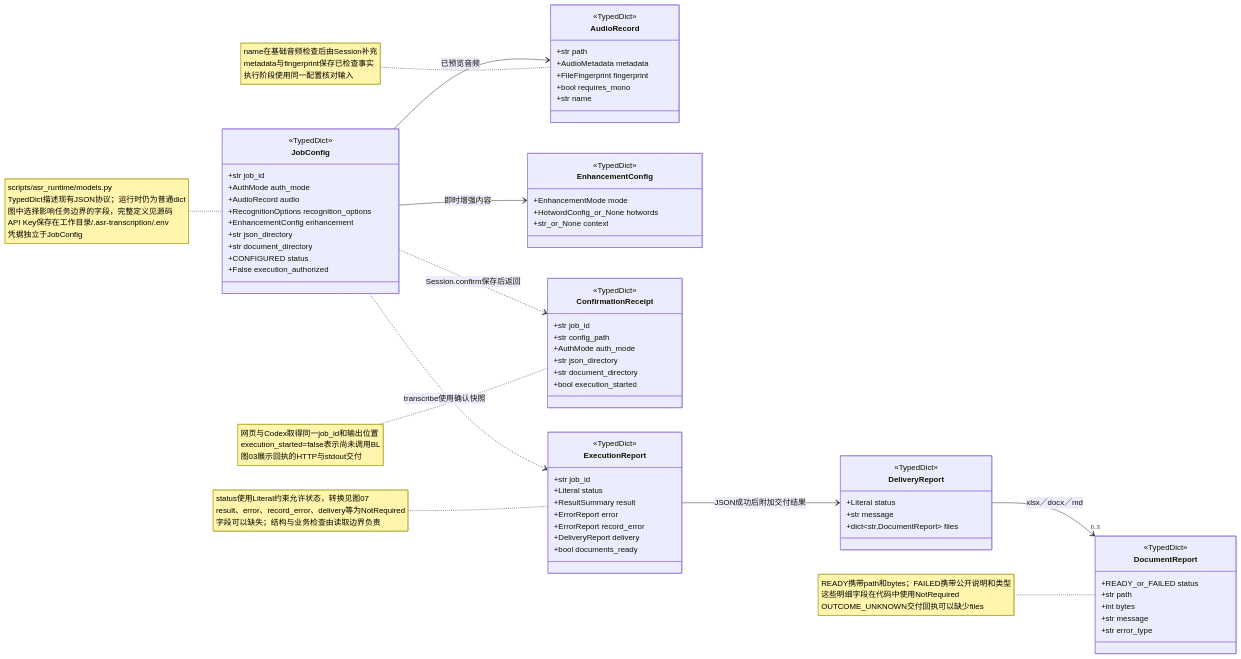
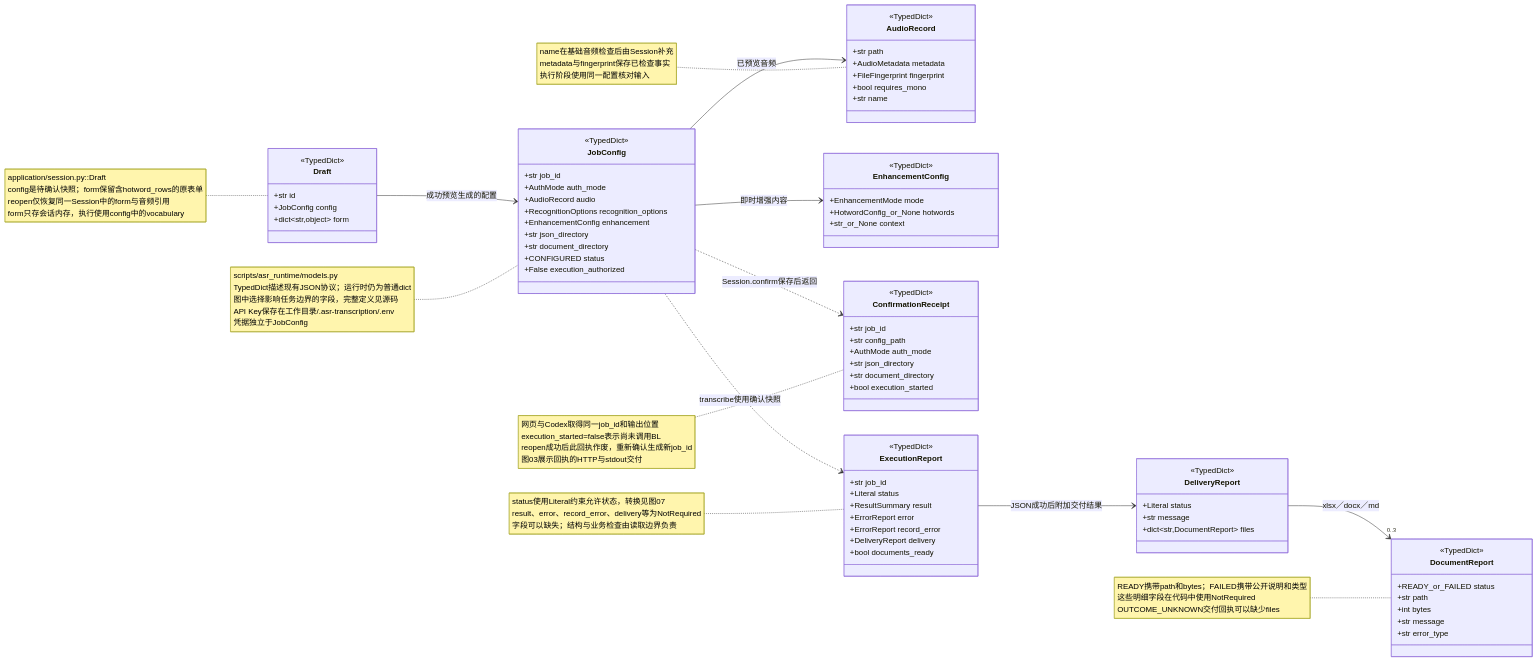
The diagram in doc/uml/01c-protocol.mmd (hx101700/asr-agent), drawn with Mermaid before and after one commit. The commit also changed 64 other files, not shown here.

```diff
--- a/doc/uml/01c-protocol.mmd
+++ b/doc/uml/01c-protocol.mmd
@@ -1,72 +1,80 @@
 classDiagram
 direction LR
+class Draft {
+  <<TypedDict>>
+  +str id
+  +JobConfig config
+  +dict~str,object~ form
+}
 class JobConfig {
   <<TypedDict>>
   +str job_id
   +AuthMode auth_mode
   +AudioRecord audio
   +RecognitionOptions recognition_options
   +EnhancementConfig enhancement
   +str json_directory
   +str document_directory
   +CONFIGURED status
   +False execution_authorized
 }
 class AudioRecord {
   <<TypedDict>>
   +str path
   +AudioMetadata metadata
   +FileFingerprint fingerprint
   +bool requires_mono
   +str name
 }
 class EnhancementConfig {
   <<TypedDict>>
   +EnhancementMode mode
   +HotwordConfig_or_None hotwords
   +str_or_None context
 }
 class ConfirmationReceipt {
   <<TypedDict>>
   +str job_id
   +str config_path
   +AuthMode auth_mode
   +str json_directory
   +str document_directory
   +bool execution_started
 }
 class ExecutionReport {
   <<TypedDict>>
   +str job_id
   +Literal status
   +ResultSummary result
   +ErrorReport error
   +ErrorReport record_error
   +DeliveryReport delivery
   +bool documents_ready
 }
 class DeliveryReport {
   <<TypedDict>>
   +Literal status
   +str message
   +dict~str,DocumentReport~ files
 }
 class DocumentReport {
   <<TypedDict>>
   +READY_or_FAILED status
   +str path
   +int bytes
   +str message
   +str error_type
 }
+Draft --> JobConfig : 成功预览生成的配置
 JobConfig --> AudioRecord : 已预览音频
 JobConfig --> EnhancementConfig : 即时增强内容
 JobConfig ..> ConfirmationReceipt : Session.confirm保存后返回
 JobConfig ..> ExecutionReport : transcribe使用确认快照
 ExecutionReport --> DeliveryReport : JSON成功后附加交付结果
 DeliveryReport --> "0..3" DocumentReport : xlsx／docx／md
+note for Draft "application/session.py::Draft<br/>config是待确认快照；form保留含hotword_rows的原表单<br/>reopen仅恢复同一Session中的form与音频引用<br/>form只存会话内存，执行使用config中的vocabulary"
 note for JobConfig "scripts/asr_runtime/models.py<br/>TypedDict描述现有JSON协议；运行时仍为普通dict<br/>图中选择影响任务边界的字段，完整定义见源码<br/>API Key保存在工作目录/.asr-transcription/.env<br/>凭据独立于JobConfig"
 note for AudioRecord "name在基础音频检查后由Session补充<br/>metadata与fingerprint保存已检查事实<br/>执行阶段使用同一配置核对输入"
-note for ConfirmationReceipt "网页与Codex取得同一job_id和输出位置<br/>execution_started=false表示尚未调用BL<br/>图03展示回执的HTTP与stdout交付"
+note for ConfirmationReceipt "网页与Codex取得同一job_id和输出位置<br/>execution_started=false表示尚未调用BL<br/>reopen成功后此回执作废，重新确认生成新job_id<br/>图03展示回执的HTTP与stdout交付"
 note for ExecutionReport "status使用Literal约束允许状态，转换见图07<br/>result、error、record_error、delivery等为NotRequired<br/>字段可以缺失；结构与业务检查由读取边界负责"
 note for DocumentReport "READY携带path和bytes；FAILED携带公开说明和类型<br/>这些明细字段在代码中使用NotRequired<br/>OUTCOME_UNKNOWN交付回执可以缺少files"
```
